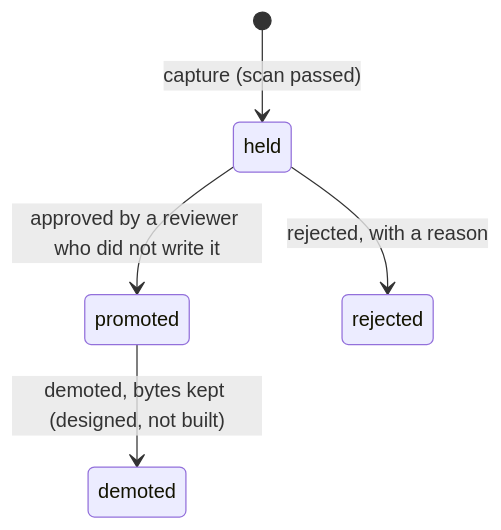
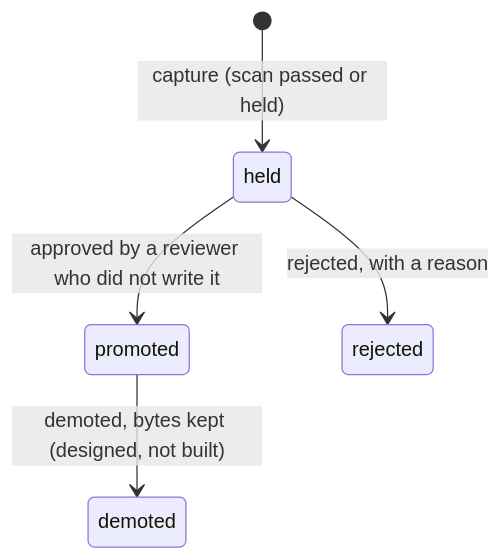
The diagram in docs/architecture/admission.md (e8kor/open-memory-lab), drawn with Mermaid before and after one commit. The commit also changed other lines of this file and 24 other files, not shown here.

First line of the commit message:
docs: the architecture pages hold four views and say what the code builds

````diff
--- a/docs/architecture/admission.md
+++ b/docs/architecture/admission.md
@@ -21,7 +21,7 @@
 ```mermaid
 stateDiagram-v2
-    [*] --> held : capture (scan passed)
+    [*] --> held : capture (scan passed or held)
     held --> promoted : approved by a reviewer who did not write it
     held --> rejected : rejected, with a reason
     promoted --> demoted : demoted, bytes kept (designed, not built)
 ```
````
